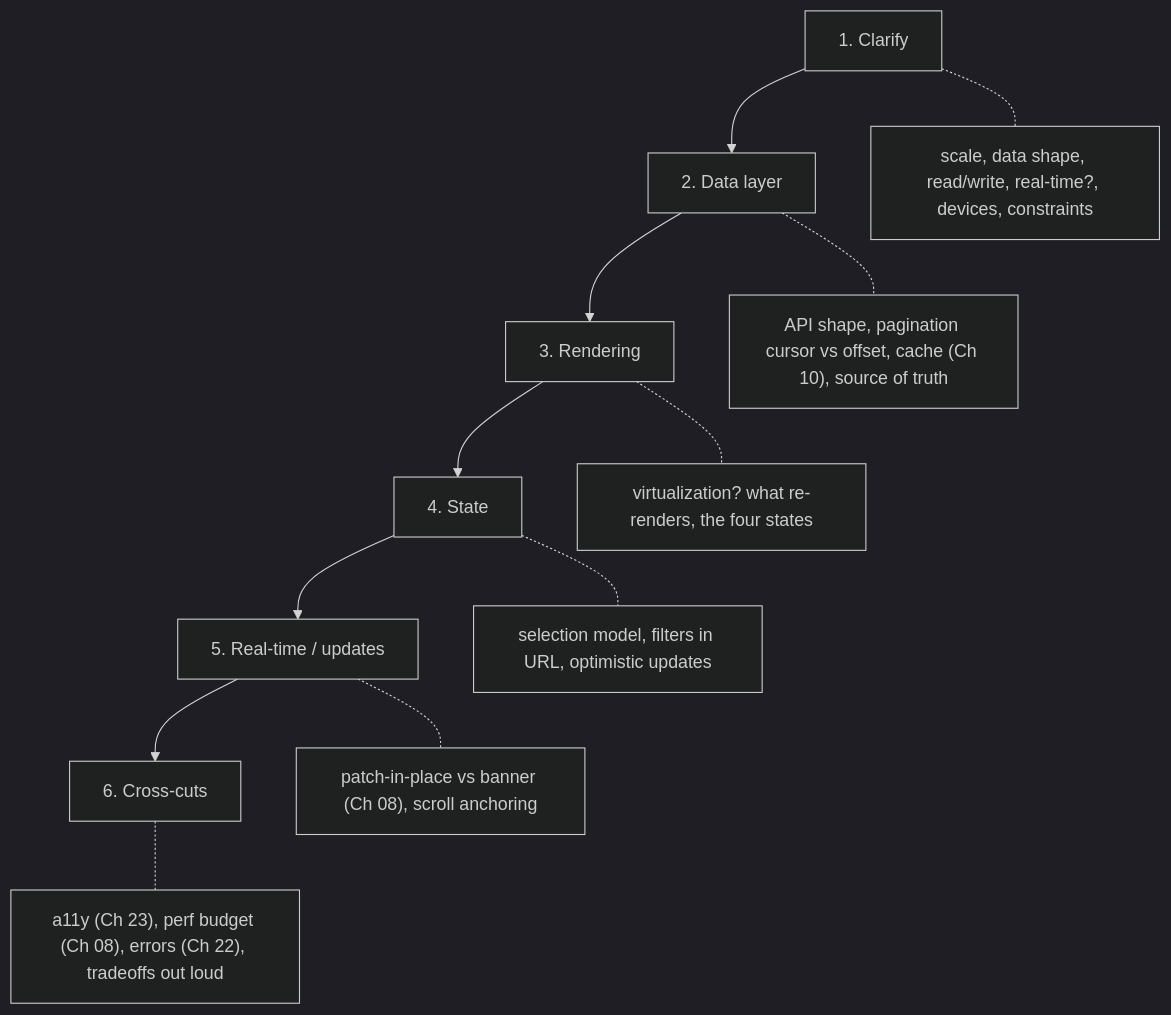
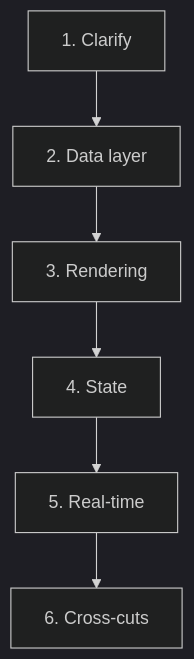
One commit to ashishxcode/frontend-internals changed the diagram in packages/content/content/12-mock-interviews.mdx. Above: the diagram before and after it, drawn with Mermaid (dark theme). The commit also changed other lines of this file and 34 other files, not shown here.

````diff
--- a/packages/content/content/12-mock-interviews.mdx
+++ b/packages/content/content/12-mock-interviews.mdx
@@ -32,14 +47,8 @@
 ```mermaid
 flowchart TD
   c[1. Clarify] --> d[2. Data layer]
   d --> r[3. Rendering]
   r --> s[4. State]
-  s --> rt[5. Real-time / updates]
+  s --> rt[5. Real-time]
   rt --> x[6. Cross-cuts]
-  c -.- c1["scale, data shape, read/write, real-time?, devices, constraints"]
-  d -.- d1["API shape, pagination cursor vs offset, cache (Ch 10), source of truth"]
-  r -.- r1["virtualization? what re-renders, the four states"]
-  s -.- s1["selection model, filters in URL, optimistic updates"]
-  rt -.- rt1["patch-in-place vs banner (Ch 08), scroll anchoring"]
-  x -.- x1["a11y (Ch 23), perf budget (Ch 08), errors (Ch 22), tradeoffs out loud"]
 ```
````
